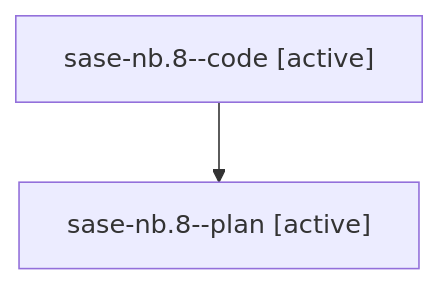
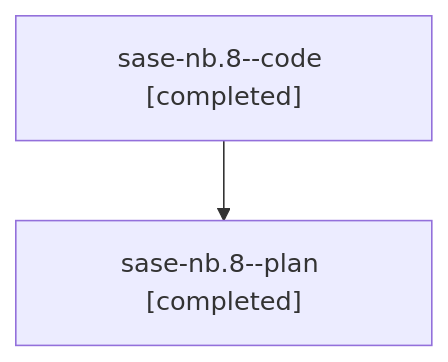
Before and after one commit to sase-org/sase--agents: the diagram in families/bbugyi200.athena.sase-nb.8.md, drawn with Mermaid. The commit also changed other lines of this file and 137 other files, not shown here.

````diff
--- a/families/bbugyi200.athena.sase-nb.8.md
+++ b/families/bbugyi200.athena.sase-nb.8.md
@@ -9,6 +9,6 @@
 ```mermaid
 flowchart TD
-  n0["sase-nb.8--code [active]"]
-  n1["sase-nb.8--plan [active]"]
+  n0["sase-nb.8--code [completed]"]
+  n1["sase-nb.8--plan [completed]"]
   n0 --> n1
 ```
````
